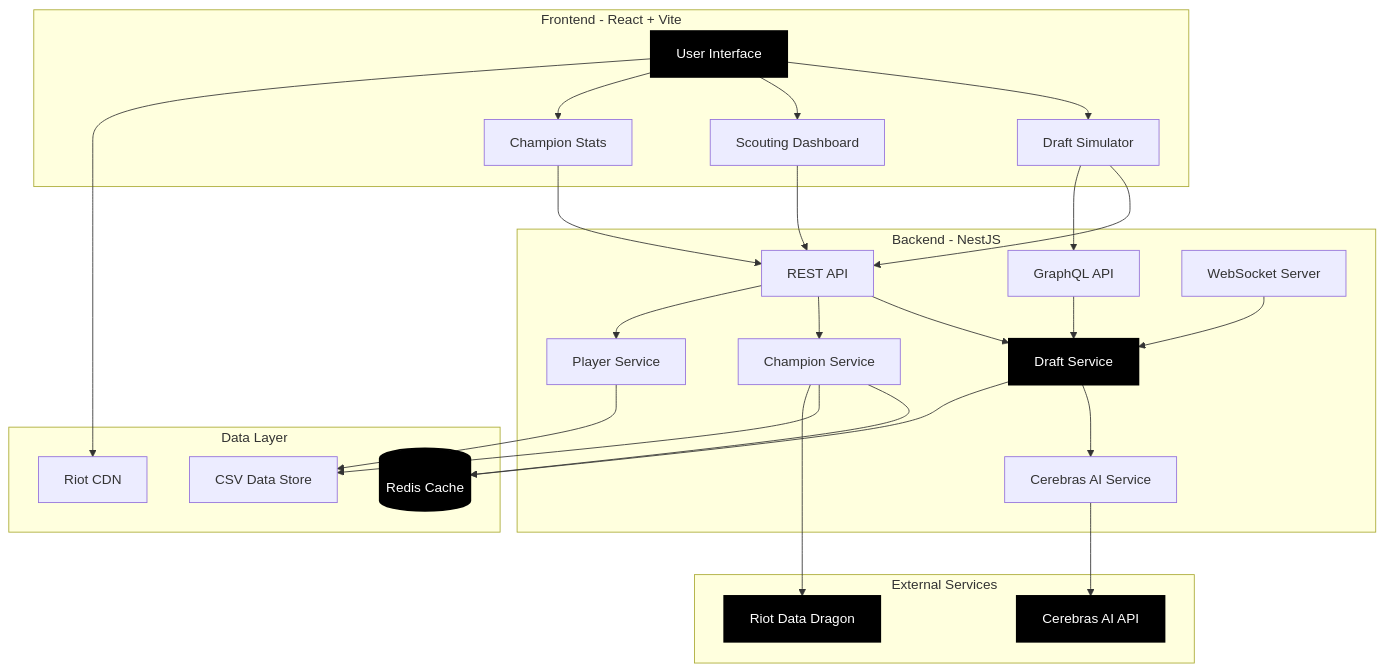
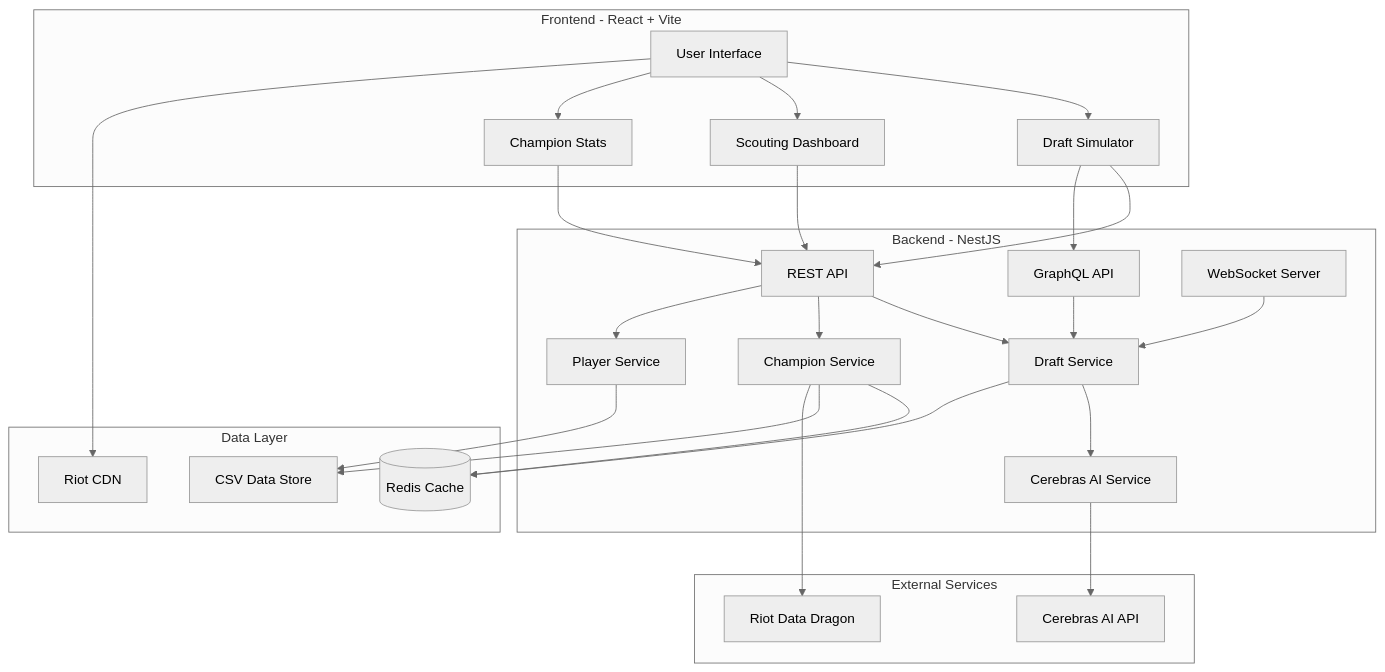
One commit to MoriatzLabs/TeamBuilder changed the first of 4 diagrams in README.md. Above: the diagram before and after it, drawn with Mermaid. The commit also changed other lines of this file, not shown here.

````diff
--- a/README.md
+++ b/README.md
@@ -21,64 +21,59 @@
 ```mermaid
+%%{init: {'theme':'neutral'}}%%
 graph TB
     subgraph "Frontend - React + Vite"
         UI[User Interface]
         DraftUI[Draft Simulator]
         ScoutUI[Scouting Dashboard]
         StatsUI[Champion Stats]
         
         UI --> DraftUI
         UI --> ScoutUI
         UI --> StatsUI
     end
     
     subgraph "Backend - NestJS"
         API[REST API]
         GraphQL[GraphQL API]
         WS[WebSocket Server]
         
         DraftService[Draft Service]
         AIService[Cerebras AI Service]
         ChampService[Champion Service]
         PlayerService[Player Service]
         
         API --> DraftService
         API --> ChampService
         API --> PlayerService
         GraphQL --> DraftService
         WS --> DraftService
         
         DraftService --> AIService
     end
     
     subgraph "Data Layer"
         Redis[(Redis Cache)]
         CSV[CSV Data Store]
         CDN[Riot CDN]
     end
     
     subgraph "External Services"
         Cerebras[Cerebras AI API]
         RiotAPI[Riot Data Dragon]
     end
     
     DraftUI --> API
     DraftUI --> GraphQL
     ScoutUI --> API
     StatsUI --> API
     
     DraftService --> Redis
     ChampService --> Redis
     ChampService --> CSV
     PlayerService --> CSV
     
     AIService --> Cerebras
     ChampService --> RiotAPI
     
     UI --> CDN
-    
-    style Cerebras fill:#000,stroke:#000,stroke-width:2px,color:#fff
-    style RiotAPI fill:#000,stroke:#000,stroke-width:2px,color:#fff
-    style Redis fill:#000,stroke:#000,stroke-width:2px,color:#fff
-    style UI fill:#000,stroke:#000,stroke-width:2px,color:#fff
-    style DraftService fill:#000,stroke:#000,stroke-width:2px,color:#fff
 ```
````
